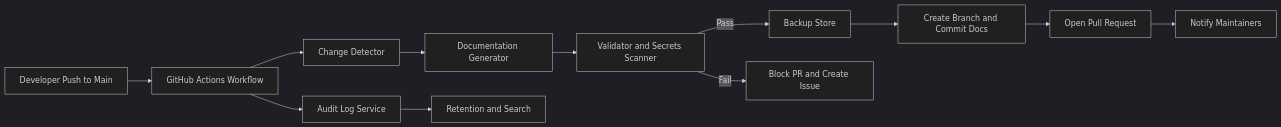
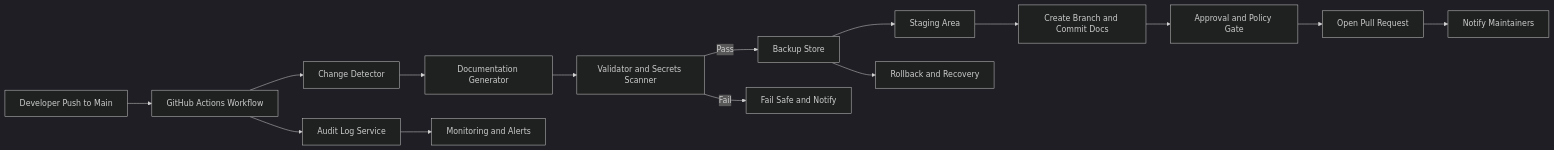
The diagram in architecture.md (gauravqait/copilot-capstone-project), drawn with Mermaid (dark theme) before and after one commit. The commit also changed other lines of this file and 1 other file, not shown here.

Commit message:
Add design review and architecture improvements

````diff
--- a/architecture.md
+++ b/architecture.md
@@ -66,17 +102,18 @@
 ```mermaid
 flowchart LR
     A["Developer Push to Main"] --> B["GitHub Actions Workflow"]
     B --> C["Change Detector"]
     C --> D["Documentation Generator"]
     D --> E["Validator and Secrets Scanner"]
+    E -->|Pass| F["Backup Store"]
+    F --> G["Staging Area"]
+    G --> H["Create Branch and Commit Docs"]
+    H --> I["Approval and Policy Gate"]
+    I --> J["Open Pull Request"]
+    J --> K["Notify Maintainers"]
 
-    E -->|Pass| F["Backup Store"]
-    F --> G["Create Branch and Commit Docs"]
-    G --> H["Open Pull Request"]
-    H --> I["Notify Maintainers"]
-
-    E -->|Fail| J["Block PR and Create Issue"]
-
-    B --> K["Audit Log Service"]
-    K --> L["Retention and Search"]
+    E -->|Fail| L["Fail Safe and Notify"]
+    B --> M["Audit Log Service"]
+    M --> N["Monitoring and Alerts"]
+    F --> O["Rollback and Recovery"]
 ```
````
